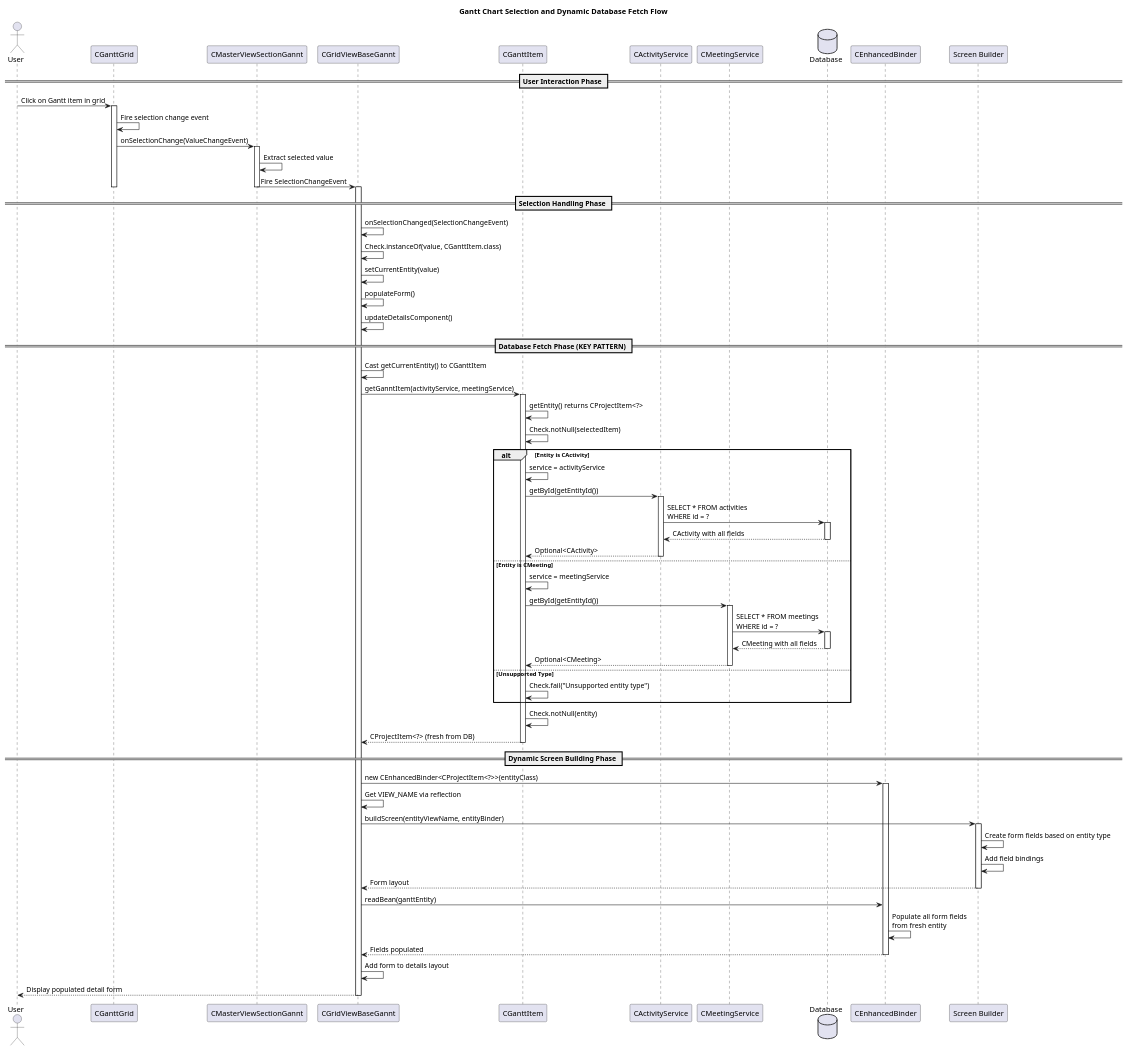
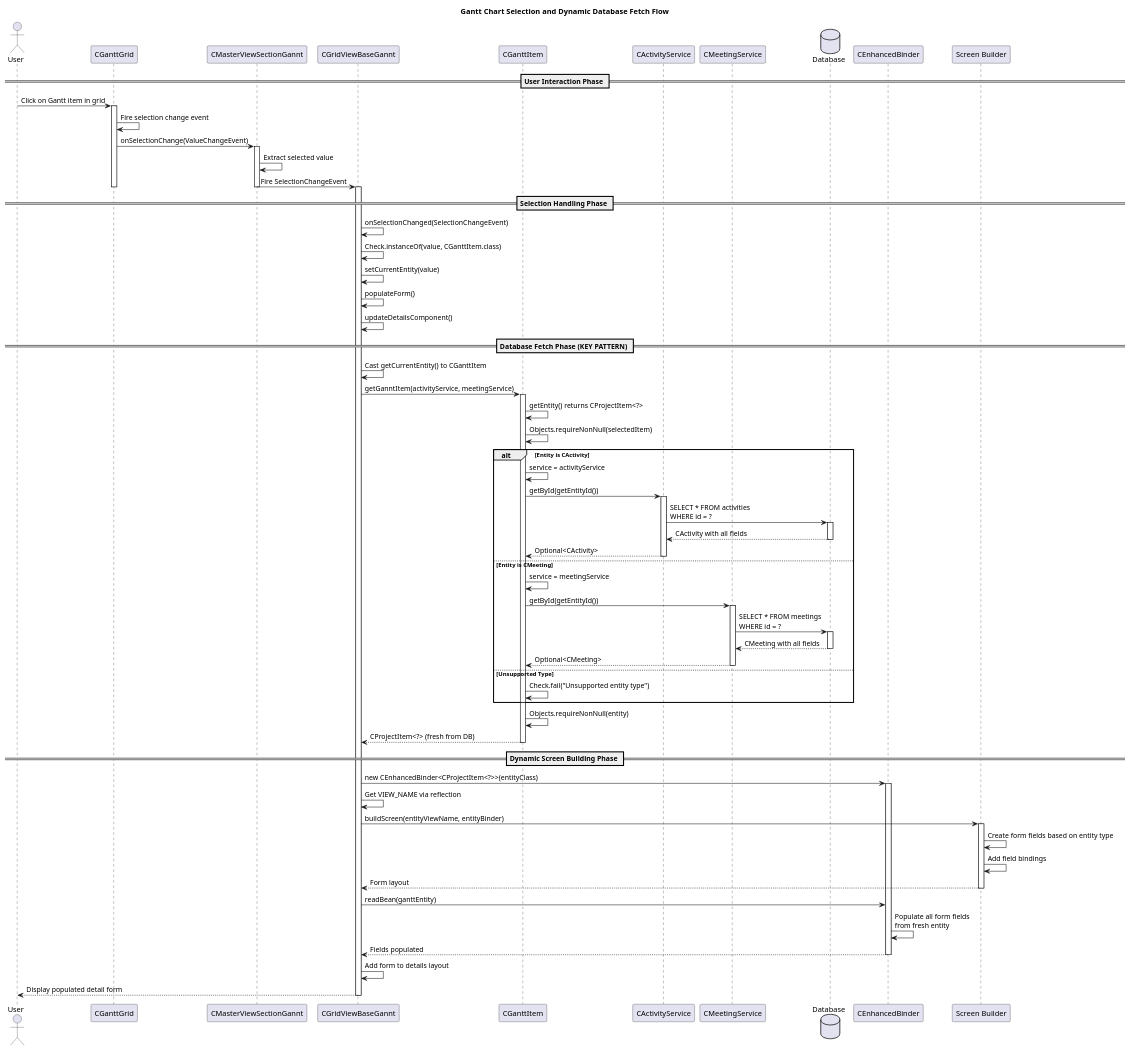
One commit to yalovali/derbent changed the diagram in docs/diagrams/gantt-call-hierarchy.puml. Above: the diagram before and after it, drawn with PlantUML. The commit also changed 250 other files, not shown here.

```diff
--- a/docs/diagrams/gantt-call-hierarchy.puml
+++ b/docs/diagrams/gantt-call-hierarchy.puml
@@ -1,93 +1,93 @@
 @startuml Gantt Call Hierarchy - Selection and Database Fetch
 
 title Gantt Chart Selection and Dynamic Database Fetch Flow
 
 actor User
 participant CGanttGrid
 participant CMasterViewSectionGannt
 participant CGridViewBaseGannt
 participant CGanttItem
 participant CActivityService
 participant CMeetingService
 database Database
 participant CEnhancedBinder
 participant "Screen Builder" as ScreenBuilder
 
 == User Interaction Phase ==
 User -> CGanttGrid: Click on Gantt item in grid
 activate CGanttGrid
 CGanttGrid -> CGanttGrid: Fire selection change event
 CGanttGrid -> CMasterViewSectionGannt: onSelectionChange(ValueChangeEvent)
 activate CMasterViewSectionGannt
 
 CMasterViewSectionGannt -> CMasterViewSectionGannt: Extract selected value
 CMasterViewSectionGannt -> CGridViewBaseGannt: Fire SelectionChangeEvent
 deactivate CMasterViewSectionGannt
 deactivate CGanttGrid
 
 == Selection Handling Phase ==
 activate CGridViewBaseGannt
 CGridViewBaseGannt -> CGridViewBaseGannt: onSelectionChanged(SelectionChangeEvent)
 CGridViewBaseGannt -> CGridViewBaseGannt: Check.instanceOf(value, CGanttItem.class)
 CGridViewBaseGannt -> CGridViewBaseGannt: setCurrentEntity(value)
 CGridViewBaseGannt -> CGridViewBaseGannt: populateForm()
 CGridViewBaseGannt -> CGridViewBaseGannt: updateDetailsComponent()
 
 == Database Fetch Phase (KEY PATTERN) ==
 CGridViewBaseGannt -> CGridViewBaseGannt: Cast getCurrentEntity() to CGanttItem
 CGridViewBaseGannt -> CGanttItem: getGanntItem(activityService, meetingService)
 activate CGanttItem
 
 CGanttItem -> CGanttItem: getEntity() returns CProjectItem<?>
-CGanttItem -> CGanttItem: Check.notNull(selectedItem)
+CGanttItem -> CGanttItem: Objects.requireNonNull(selectedItem)
 
 alt Entity is CActivity
     CGanttItem -> CGanttItem: service = activityService
     CGanttItem -> CActivityService: getById(getEntityId())
     activate CActivityService
     CActivityService -> Database: SELECT * FROM activities\nWHERE id = ?
     activate Database
     Database --> CActivityService: CActivity with all fields
     deactivate Database
     CActivityService --> CGanttItem: Optional<CActivity>
     deactivate CActivityService
 else Entity is CMeeting
     CGanttItem -> CGanttItem: service = meetingService
     CGanttItem -> CMeetingService: getById(getEntityId())
     activate CMeetingService
     CMeetingService -> Database: SELECT * FROM meetings\nWHERE id = ?
     activate Database
     Database --> CMeetingService: CMeeting with all fields
     deactivate Database
     CMeetingService --> CGanttItem: Optional<CMeeting>
     deactivate CMeetingService
 else Unsupported Type
     CGanttItem -> CGanttItem: Check.fail("Unsupported entity type")
 end
 
-CGanttItem -> CGanttItem: Check.notNull(entity)
+CGanttItem -> CGanttItem: Objects.requireNonNull(entity)
 CGanttItem --> CGridViewBaseGannt: CProjectItem<?> (fresh from DB)
 deactivate CGanttItem
 
 == Dynamic Screen Building Phase ==
 CGridViewBaseGannt -> CEnhancedBinder: new CEnhancedBinder<CProjectItem<?>>(entityClass)
 activate CEnhancedBinder
 
 CGridViewBaseGannt -> CGridViewBaseGannt: Get VIEW_NAME via reflection
 CGridViewBaseGannt -> ScreenBuilder: buildScreen(entityViewName, entityBinder)
 activate ScreenBuilder
 ScreenBuilder -> ScreenBuilder: Create form fields based on entity type
 ScreenBuilder -> ScreenBuilder: Add field bindings
 ScreenBuilder --> CGridViewBaseGannt: Form layout
 deactivate ScreenBuilder
 
 CGridViewBaseGannt -> CEnhancedBinder: readBean(ganttEntity)
 CEnhancedBinder -> CEnhancedBinder: Populate all form fields\nfrom fresh entity
 CEnhancedBinder --> CGridViewBaseGannt: Fields populated
 deactivate CEnhancedBinder
 
 CGridViewBaseGannt -> CGridViewBaseGannt: Add form to details layout
 CGridViewBaseGannt --> User: Display populated detail form
 deactivate CGridViewBaseGannt
 
 @enduml
```
